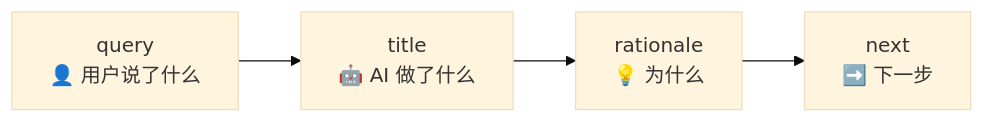
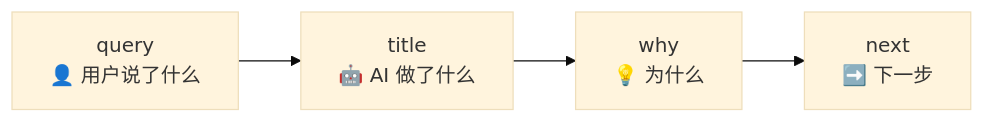
The second of 4 diagrams in docs/CN/cli.md (dozybot001/Intent), drawn with Mermaid (base theme) before and after one commit. The commit also changed other lines of this file and 4 other files, not shown here.

First line of the commit message:
Rename rationale → why, deprecated_reason → reason in all docs

````diff
--- a/docs/CN/cli.md
+++ b/docs/CN/cli.md
@@ -119,4 +119,4 @@
 ```mermaid
 flowchart LR
-  Q["query\n👤 用户说了什么"] --> T["title\n🤖 AI 做了什么"] --> R["rationale\n💡 为什么"] --> N["next\n➡️ 下一步"]
+  Q["query\n👤 用户说了什么"] --> T["title\n🤖 AI 做了什么"] --> R["why\n💡 为什么"] --> N["next\n➡️ 下一步"]
 ```
````
